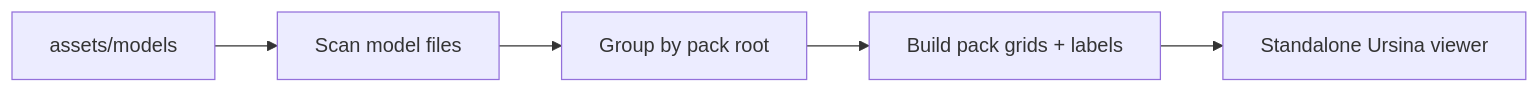
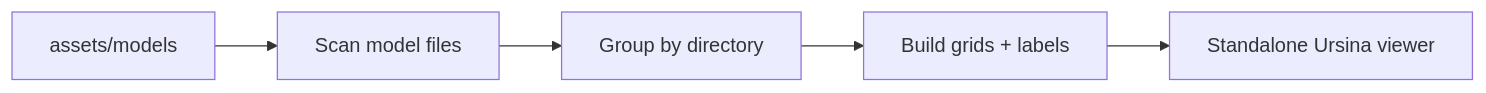
Before and after one commit to jaimiemontague/Kingdom: the diagram in .cursor/plans/standalone-model-viewer_1918ab22.plan.md, drawn with Mermaid. The commit also changed other lines of this file and 6 other files, not shown here.

````diff
--- a/.cursor/plans/standalone-model-viewer_1918ab22.plan.md
+++ b/.cursor/plans/standalone-model-viewer_1918ab22.plan.md
@@ -12,7 +12,7 @@
 ```mermaid
 flowchart LR
   assetRoot[assets/models] --> scan[Scan model files]
-  scan --> groupByPack[Group by pack root]
-  groupByPack --> layout[Build pack grids + labels]
+  scan --> groupByPack[Group by directory]
+  groupByPack --> layout[Build grids + labels]
   layout --> viewer[Standalone Ursina viewer]
 ```
````
